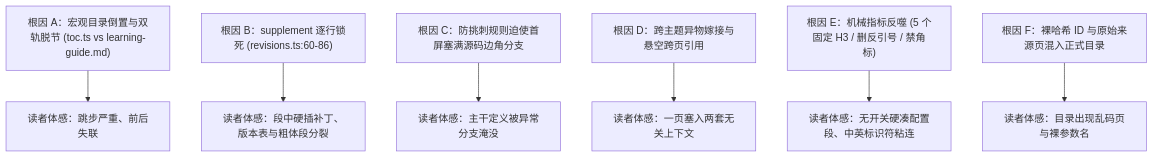
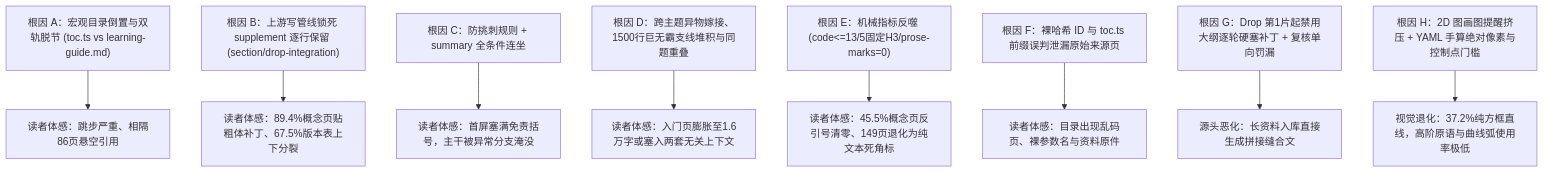
One commit to BailanCaptain/infer-lab changed the first of 2 diagrams in docs/plans/2026-11-14-progressive-restructure-and-fix-plan.md. Above: the diagram before and after it, drawn with Mermaid. The commit also changed other lines of this file and 231 other files, not shown here.

````diff
--- a/docs/plans/2026-11-14-progressive-restructure-and-fix-plan.md
+++ b/docs/plans/2026-11-14-progressive-restructure-and-fix-plan.md
@@ -37,9 +139,11 @@
 ```mermaid
 flowchart TD
-    A["根因 A：宏观目录倒置与双轨脱节 (toc.ts vs learning-guide.md)"] --> G["读者体感：跳步严重、前后失联"]
-    B["根因 B：supplement 逐行锁死 (revisions.ts:60-86)"] --> H["读者体感：段中硬插补丁、版本表与粗体段分裂"]
-    C["根因 C：防挑刺规则迫使首屏塞满源码边角分支"] --> I["读者体感：主干定义被异常分支淹没"]
-    D["根因 D：跨主题异物嫁接与悬空跨页引用"] --> J["读者体感：一页塞入两套无关上下文"]
-    E["根因 E：机械指标反噬 (5 个固定 H3 / 删反引号 / 禁角标)"] --> K["读者体感：无开关硬凑配置段、中英标识符粘连"]
-    F["根因 F：裸哈希 ID 与原始来源页混入正式目录"] --> L["读者体感：目录出现乱码页与裸参数名"]
+    A["根因 A：宏观目录倒置与双轨脱节 (toc.ts vs learning-guide.md)"] --> R1["读者体感：跳步严重、相隔86页悬空引用"]
+    B["根因 B：上游写管线锁死 supplement 逐行保留 (section/drop-integration)"] --> R2["读者体感：89.4%概念页贴粗体补丁、67.5%版本表上下分裂"]
+    C["根因 C：防挑刺规则 + summary 全条件连坐"] --> R3["读者体感：首屏塞满免责括号，主干被异常分支淹没"]
+    D["根因 D：跨主题异物嫁接、1500行巨无霸支线堆积与同题重叠"] --> R4["读者体感：入门页膨胀至1.6万字或塞入两套无关上下文"]
+    E["根因 E：机械指标反噬 (code<=13/5固定H3/prose-marks=0)"] --> R5["读者体感：45.5%概念页反引号清零、149页退化为纯文本死角标"]
+    F["根因 F：裸哈希 ID 与 toc.ts 前缀误判泄漏原始来源页"] --> R6["读者体感：目录出现乱码页、裸参数名与资料原件"]
+    G["根因 G：Drop 第1片起禁用大纲逐轮硬塞补丁 + 复核单向罚漏"] --> R7["源头恶化：长资料入库直接生成拼接缝合文"]
+    H["根因 H：2D 图画图提醒挤压 + YAML 手算绝对像素与控制点门槛"] --> R8["视觉退化：37.2%纯方框直线，高阶原语与曲线弧使用率极低"]
 ```
````
